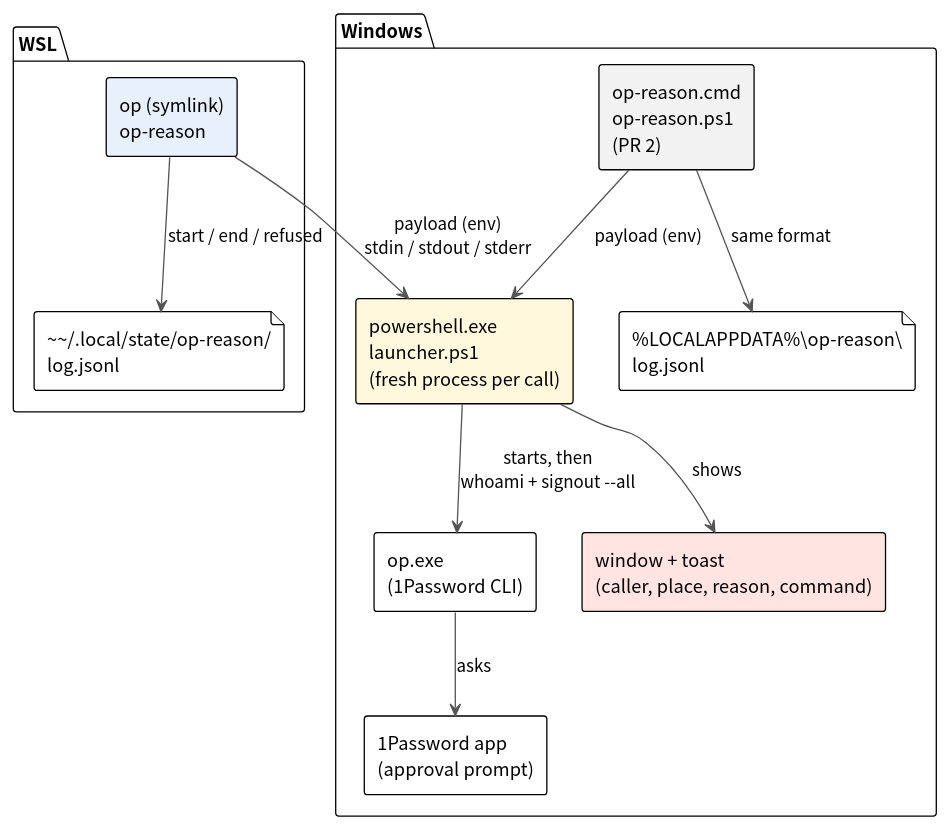
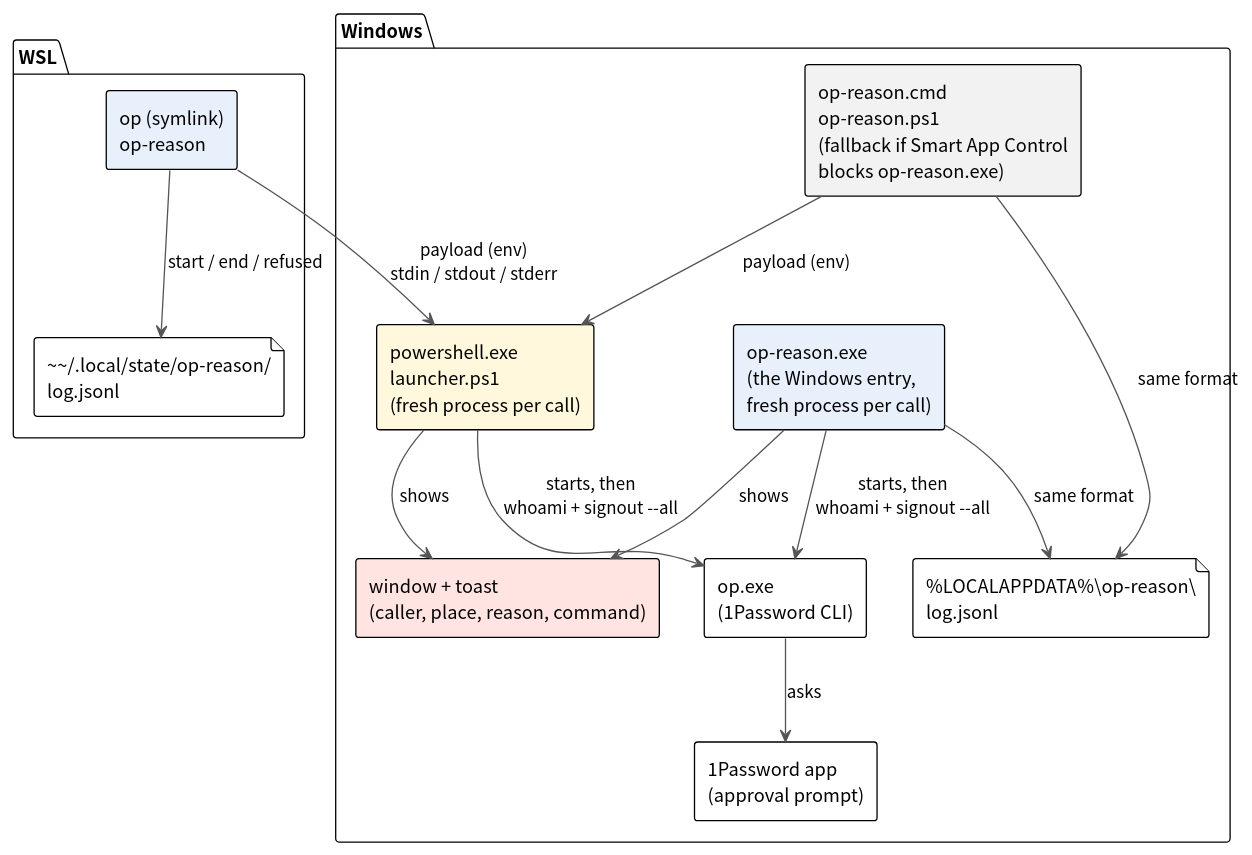
One commit to pollenjp/op-reason changed the diagram in docs/architecture/plantuml/01_overview.puml. Above: the diagram before and after it, drawn with PlantUML. The commit also changed 9 other files, not shown here.

First line of the commit message:
docs: make op-reason.exe the Windows entry, with the PowerShell entry as fallback

```diff
--- a/docs/architecture/plantuml/01_overview.puml
+++ b/docs/architecture/plantuml/01_overview.puml
@@ -1,27 +1,31 @@
 @startuml
 !theme plain
 skinparam defaultFontName "Noto Sans CJK JP"
 skinparam ArrowColor #555555
 skinparam componentStyle rectangle
 
 package "WSL" {
   component "op (symlink)\nop-reason" as WSLBIN #E8F1FB
   file "~~/.local/state/op-reason/\nlog.jsonl" as WSLLOG
 }
 package "Windows" {
-  component "op-reason.cmd\nop-reason.ps1\n(PR 2)" as WINENTRY #F2F2F2
+  component "op-reason.exe\n(the Windows entry,\nfresh process per call)" as WINEXE #E8F1FB
+  component "op-reason.cmd\nop-reason.ps1\n(fallback if Smart App Control\nblocks op-reason.exe)" as WINENTRY #F2F2F2
   component "powershell.exe\nlauncher.ps1\n(fresh process per call)" as LAUNCHER #FFF8DC
   component "op.exe\n(1Password CLI)" as OPEXE
   component "1Password app\n(approval prompt)" as APP
   component "window + toast\n(caller, place, reason, command)" as WIN #FFE4E1
   file "%LOCALAPPDATA%\\op-reason\\\nlog.jsonl" as WINLOG
 }
 
 WSLBIN --> LAUNCHER : payload (env)\nstdin / stdout / stderr
 WINENTRY --> LAUNCHER : payload (env)
 LAUNCHER --> WIN : shows
 LAUNCHER --> OPEXE : starts, then\nwhoami + signout --all
+WINEXE --> WIN : shows
+WINEXE --> OPEXE : starts, then\nwhoami + signout --all
 OPEXE --> APP : asks
 WSLBIN --> WSLLOG : start / end / refused
+WINEXE --> WINLOG : same format
 WINENTRY --> WINLOG : same format
 @enduml
```
